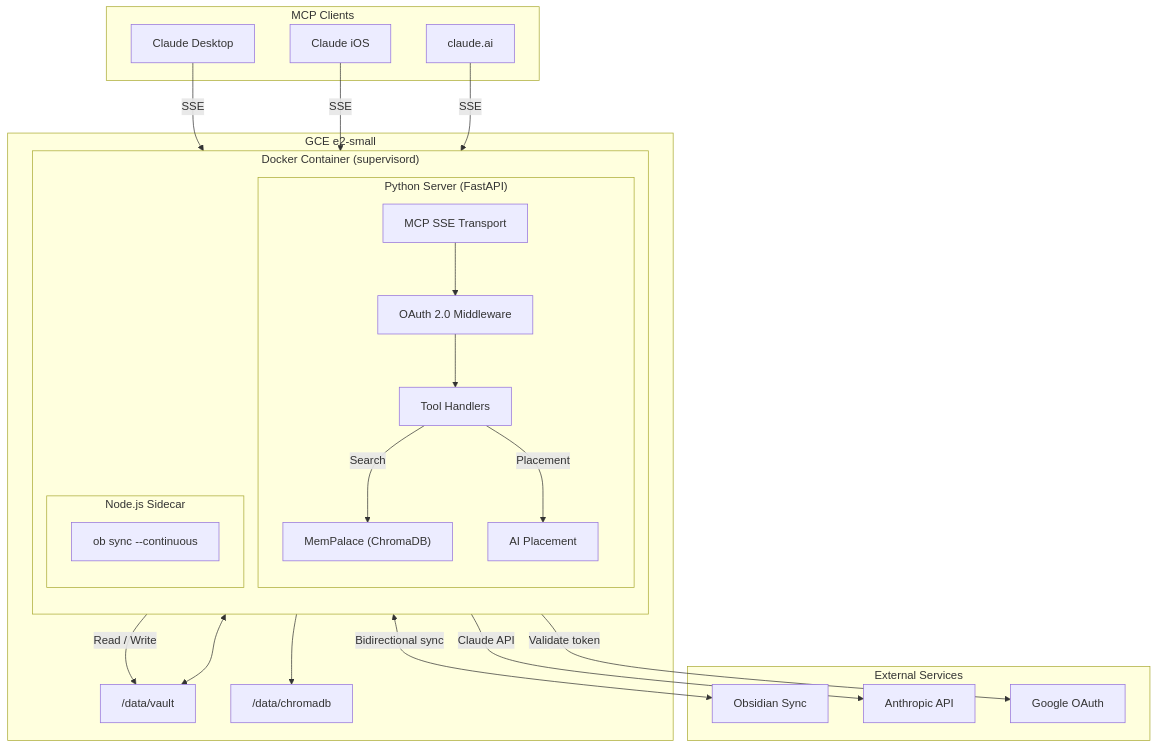
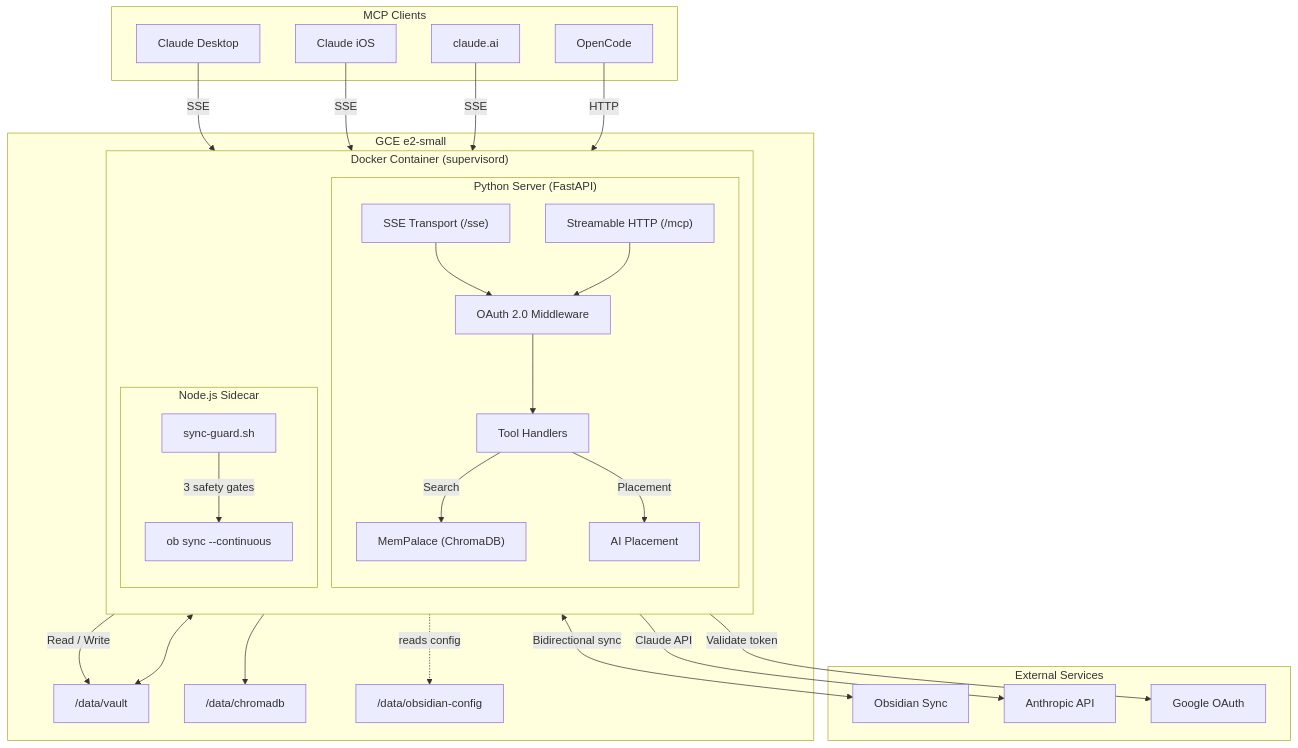
Before and after one commit to TheWinterShadow/ObsidianPalace: the first of 3 diagrams in docs/architecture/index.md, drawn with Mermaid. The commit also changed other lines of this file and 7 other files, not shown here.

First line of the commit message:
docs: update all docs pages for dual transports, correct sync paths, and sync-guard

````diff
--- a/docs/architecture/index.md
+++ b/docs/architecture/index.md
@@ -17,50 +17,58 @@
 ```mermaid
 flowchart TD
     subgraph Clients ["MCP Clients"]
         CD["Claude Desktop"]
         CI["Claude iOS"]
         CW["claude.ai"]
+        OC["OpenCode"]
     end
 
     subgraph VM ["GCE e2-small"]
         subgraph Container ["Docker Container (supervisord)"]
             direction TB
             subgraph Python ["Python Server (FastAPI)"]
-                MCP["MCP SSE Transport"]
+                SSE["SSE Transport (/sse)"]
+                HTTP["Streamable HTTP (/mcp)"]
                 AUTH["OAuth 2.0 Middleware"]
                 TOOLS["Tool Handlers"]
                 MP["MemPalace (ChromaDB)"]
                 PLACE["AI Placement"]
             end
 
             subgraph Node ["Node.js Sidecar"]
+                SG["sync-guard.sh"]
                 OB["ob sync --continuous"]
             end
         end
 
         VAULT["/data/vault"]
         CHROMA["/data/chromadb"]
+        CONFIG["/data/obsidian-config"]
     end
 
     subgraph External ["External Services"]
         OS["Obsidian Sync"]
         ANTHROPIC["Anthropic API"]
         GOOGLE["Google OAuth"]
     end
 
-    CD -->|"SSE"| MCP
-    CI -->|"SSE"| MCP
-    CW -->|"SSE"| MCP
+    CD -->|"SSE"| SSE
+    CI -->|"SSE"| SSE
+    CW -->|"SSE"| SSE
+    OC -->|"HTTP"| HTTP
 
-    MCP --> AUTH
+    SSE --> AUTH
+    HTTP --> AUTH
     AUTH -->|"Validate token"| GOOGLE
     AUTH --> TOOLS
     TOOLS -->|"Read / Write"| VAULT
     TOOLS -->|"Search"| MP
     TOOLS -->|"Placement"| PLACE
     PLACE -->|"Claude API"| ANTHROPIC
     MP --> CHROMA
 
+    SG -->|"3 safety gates"| OB
     OB <-->|"Bidirectional sync"| OS
     OB <--> VAULT
+    SG -.->|"reads config"| CONFIG
 ```
````
